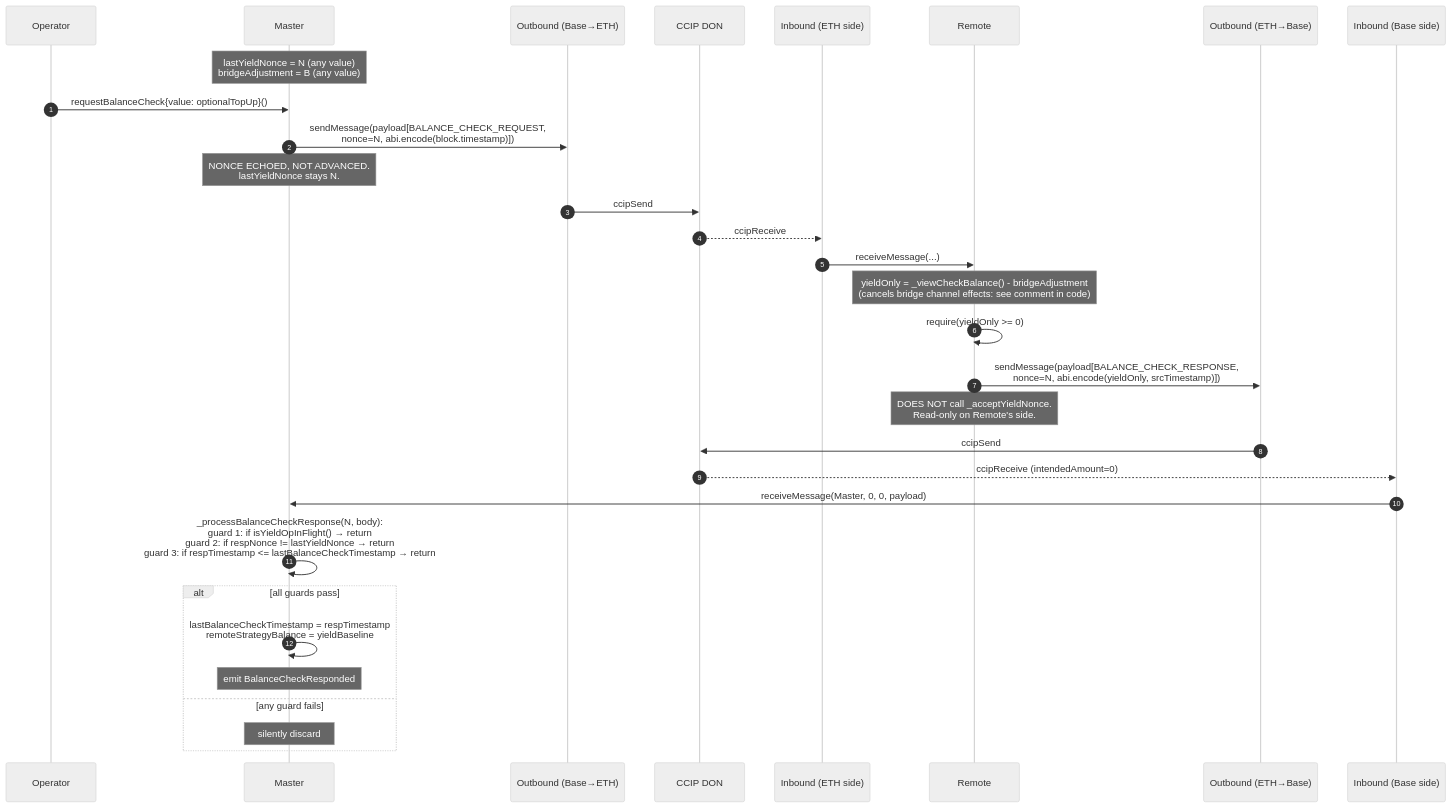
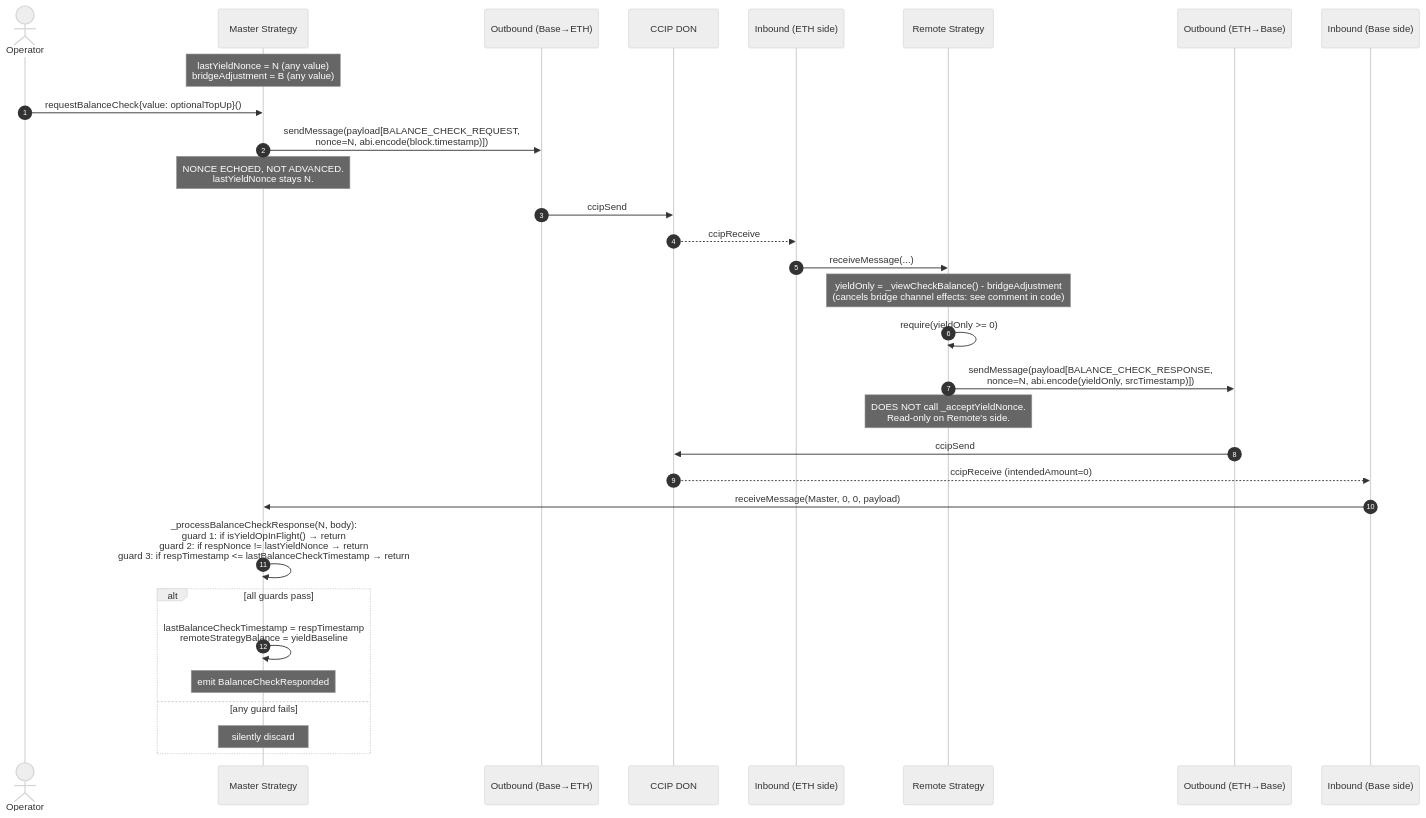
Before and after one commit to OriginProtocol/origin-dollar: the seventh of 9 diagrams in contracts/contracts/strategies/crosschainV3/FLOWS.md, drawn with Mermaid (neutral theme). The commit also changed other lines of this file, not shown here.

Commit message:
Update flows

````diff
--- a/contracts/contracts/strategies/crosschainV3/FLOWS.md
+++ b/contracts/contracts/strategies/crosschainV3/FLOWS.md
@@ -437,34 +545,34 @@
 ```mermaid
 sequenceDiagram
     autonumber
-    participant Op as Operator
-    participant Master
+    actor Op as Operator
+    participant Master as Master Strategy
     participant Adapter as Outbound (Base→ETH)
     participant Bridge as CCIP DON
     participant AdapterEth as Inbound (ETH side)
-    participant Remote
+    participant Remote as Remote Strategy
     participant ReturnA as Outbound (ETH→Base)
     participant ReturnB as Inbound (Base side)
 
     Note over Master: lastYieldNonce = N (any value)<br/>bridgeAdjustment = B (any value)
     Op->>Master: requestBalanceCheck{value: optionalTopUp}()
     Master->>Adapter: sendMessage(payload[BALANCE_CHECK_REQUEST,<br/>nonce=N, abi.encode(block.timestamp)])
     Note over Master: NONCE ECHOED, NOT ADVANCED.<br/>lastYieldNonce stays N.
     Adapter->>Bridge: ccipSend
     Bridge-->>AdapterEth: ccipReceive
     AdapterEth->>Remote: receiveMessage(...)
     Note over Remote: yieldOnly = _viewCheckBalance() - bridgeAdjustment<br/>(cancels bridge channel effects: see comment in code)
     Remote->>Remote: require(yieldOnly >= 0)
     Remote->>ReturnA: sendMessage(payload[BALANCE_CHECK_RESPONSE,<br/>nonce=N, abi.encode(yieldOnly, srcTimestamp)])
     Note over Remote: DOES NOT call _acceptYieldNonce.<br/>Read-only on Remote's side.
     ReturnA->>Bridge: ccipSend
     Bridge-->>ReturnB: ccipReceive (intendedAmount=0)
     ReturnB->>Master: receiveMessage(Master, 0, 0, payload)
     Master->>Master: _processBalanceCheckResponse(N, body):<br/>guard 1: if isYieldOpInFlight() → return<br/>guard 2: if respNonce != lastYieldNonce → return<br/>guard 3: if respTimestamp <= lastBalanceCheckTimestamp → return
     alt all guards pass
         Master->>Master: lastBalanceCheckTimestamp = respTimestamp<br/>remoteStrategyBalance = yieldBaseline
         Note over Master: emit BalanceCheckResponded
     else any guard fails
         Note over Master: silently discard
     end
 ```
````
